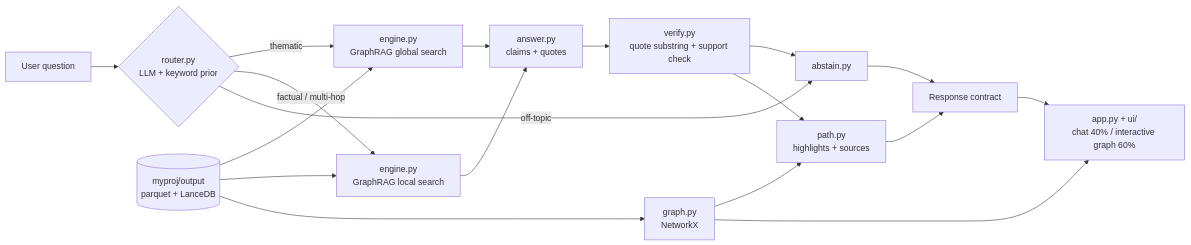
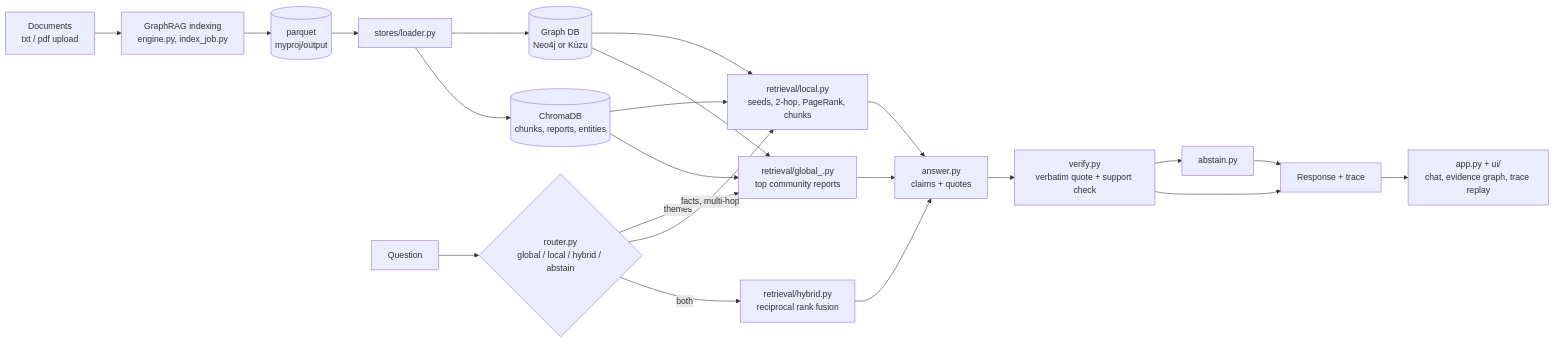
The diagram in README.md (Viberscode/Grafia), drawn with Mermaid before and after one commit. The commit also changed other lines of this file and 15 other files, not shown here.

Commit message:
Prompt 6: README (Gemini, Neo4j/Kuzu/Chroma, tasks, Mermaid, limitations), traceability, demo script + --demo-seed, tasks.ps1 check, claim-shape fix, untrack kuzu db

````diff
--- a/README.md
+++ b/README.md
@@ -12,17 +14,19 @@
 ```mermaid
 flowchart LR
-    U[User question] --> R{router.py<br/>LLM + keyword prior}
-    R -- thematic --> G[engine.py<br/>GraphRAG global search]
-    R -- factual / multi-hop --> L[engine.py<br/>GraphRAG local search]
-    R -- off-topic --> X[abstain.py]
-    G --> A[answer.py<br/>claims + quotes]
-    L --> A
-    A --> V[verify.py<br/>quote substring + support check]
-    V --> X
-    V --> P[path.py<br/>highlights + sources]
-    P --> RESP[Response contract]
-    X --> RESP
-    RESP --> UI[app.py + ui/<br/>chat 40% / interactive graph 60%]
-    IDX[(myproj/output<br/>parquet + LanceDB)] --> G & L
-    IDX --> GR[graph.py<br/>NetworkX] --> P & UI
+    D[Documents<br/>txt / pdf upload] --> I[GraphRAG indexing<br/>engine.py, index_job.py]
+    I --> PQ[(parquet<br/>myproj/output)]
+    PQ --> LD[stores/loader.py]
+    LD --> GDB[(Graph DB<br/>Neo4j or Kùzu)]
+    LD --> VDB[(ChromaDB<br/>chunks, reports, entities)]
+    Q[Question] --> R{router.py<br/>global / local / hybrid / abstain}
+    R -- themes --> GL[retrieval/global_.py<br/>top community reports]
+    R -- facts, multi-hop --> LO[retrieval/local.py<br/>seeds, 2-hop, PageRank, chunks]
+    R -- both --> HY[retrieval/hybrid.py<br/>reciprocal rank fusion]
+    GDB --> LO & GL
+    VDB --> LO & GL
+    GL & LO & HY --> A[answer.py<br/>claims + quotes]
+    A --> V[verify.py<br/>verbatim quote + support check]
+    V --> AB[abstain.py]
+    V & AB --> RESP[Response + trace]
+    RESP --> UI[app.py + ui/<br/>chat, evidence graph, trace replay]
 ```
````
